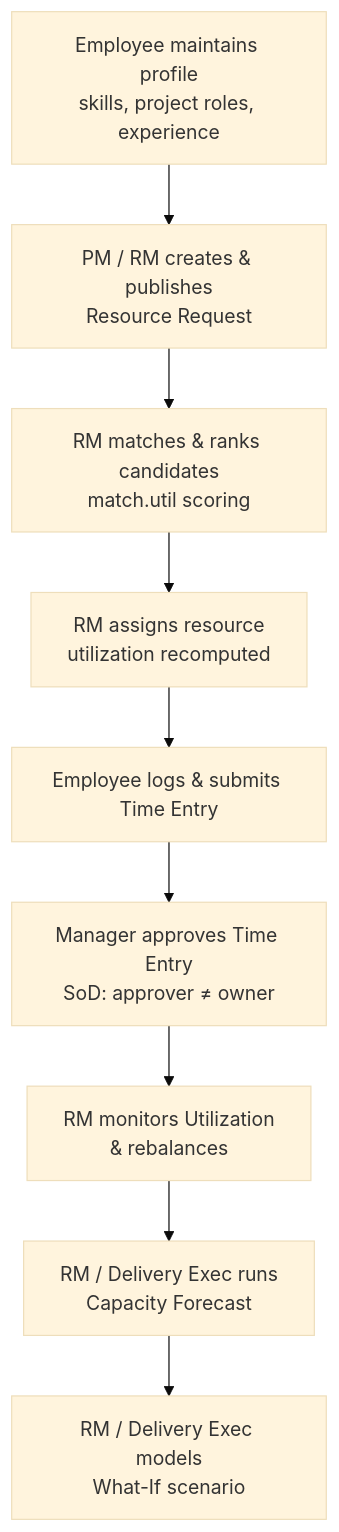
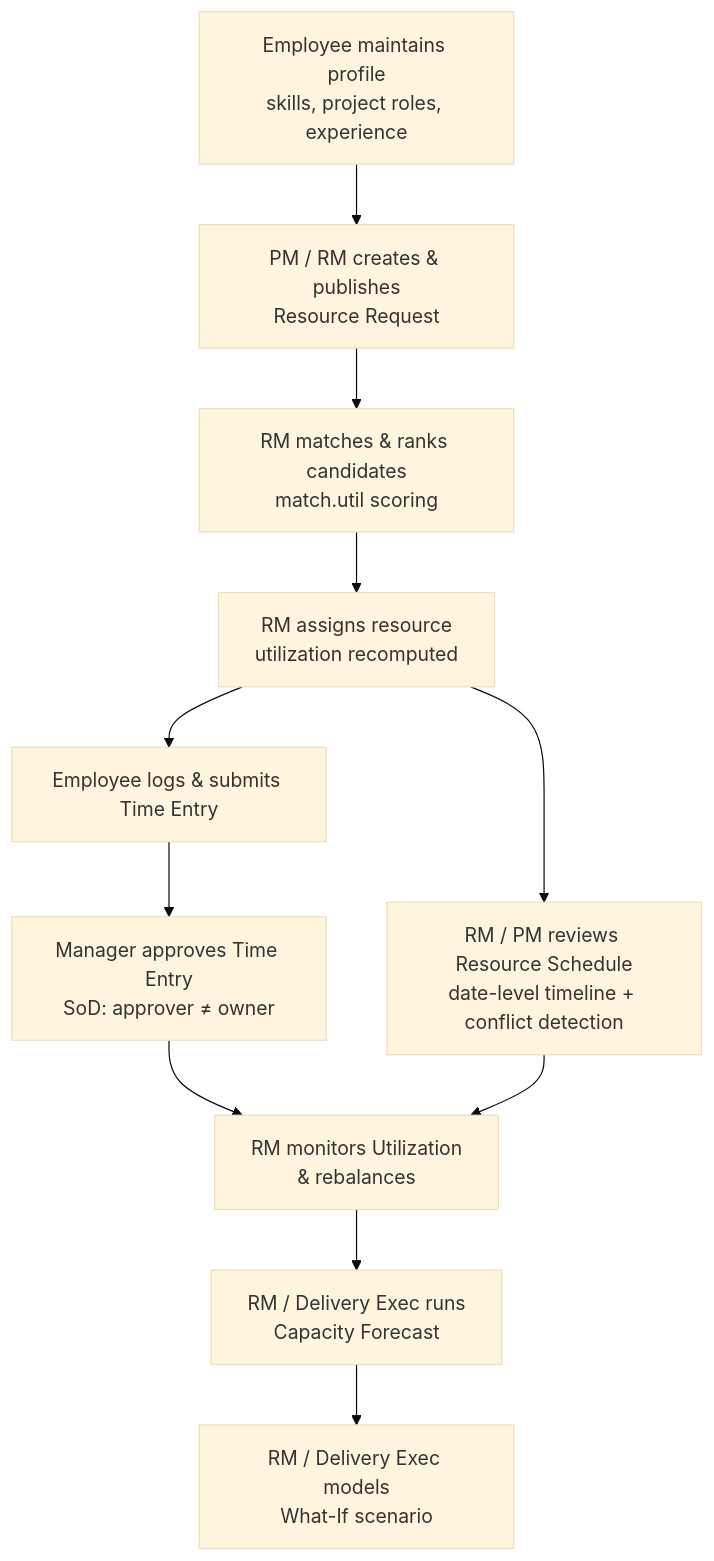
The first of 10 diagrams in docs/functional/resource-management.md (Raistlin82/project-resource-mgmt), drawn with Mermaid (base theme) before and after one commit. The commit also changed other lines of this file and 14 other files, not shown here.

First line of the commit message:
feat(schedule): date-level resource Schedule — Gantt timeline + conflict detection

````diff
--- a/docs/functional/resource-management.md
+++ b/docs/functional/resource-management.md
@@ -27,12 +27,14 @@
 ```mermaid
 flowchart TD
   P[Employee maintains profile<br/>skills, project roles, experience] --> R
   R[PM / RM creates & publishes<br/>Resource Request] --> M
   M[RM matches & ranks candidates<br/>match.util scoring] --> A
   A[RM assigns resource<br/>utilization recomputed] --> T
   T[Employee logs & submits Time Entry] --> AP
   AP[Manager approves Time Entry<br/>SoD: approver ≠ owner] --> U
+  A --> S[RM / PM reviews Resource Schedule<br/>date-level timeline + conflict detection]
   U[RM monitors Utilization<br/>& rebalances] --> F
+  S --> U
   F[RM / Delivery Exec runs<br/>Capacity Forecast] --> W
   W[RM / Delivery Exec models<br/>What-If scenario]
 ```
````
